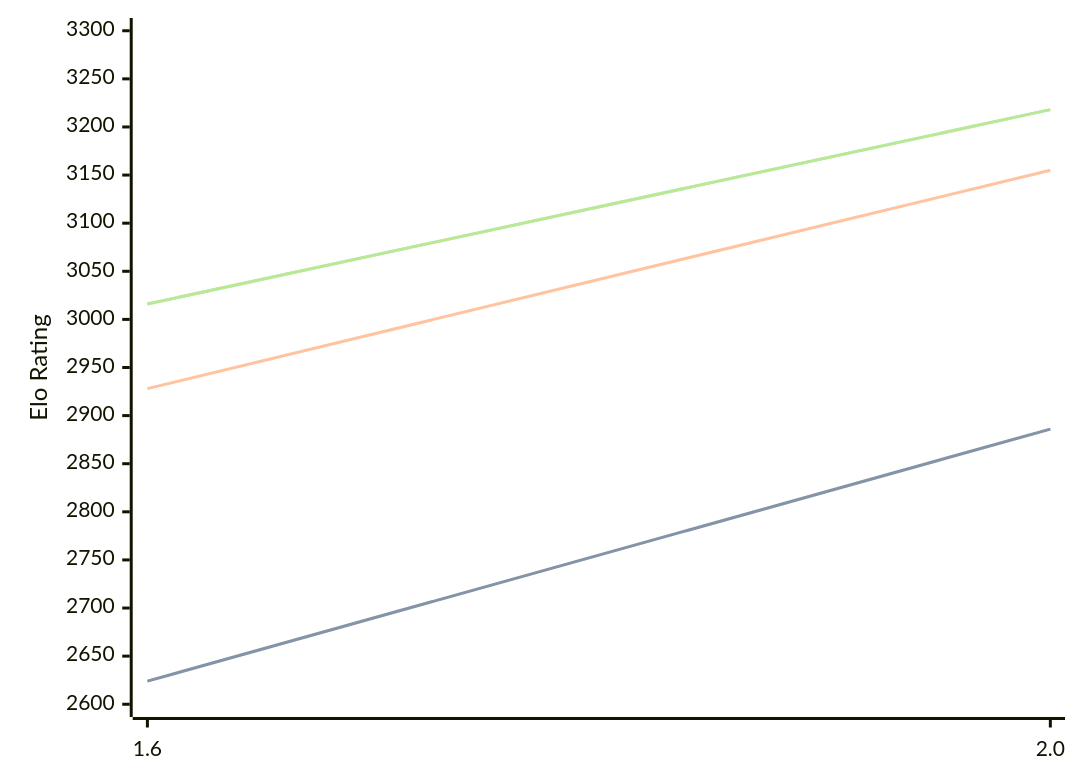
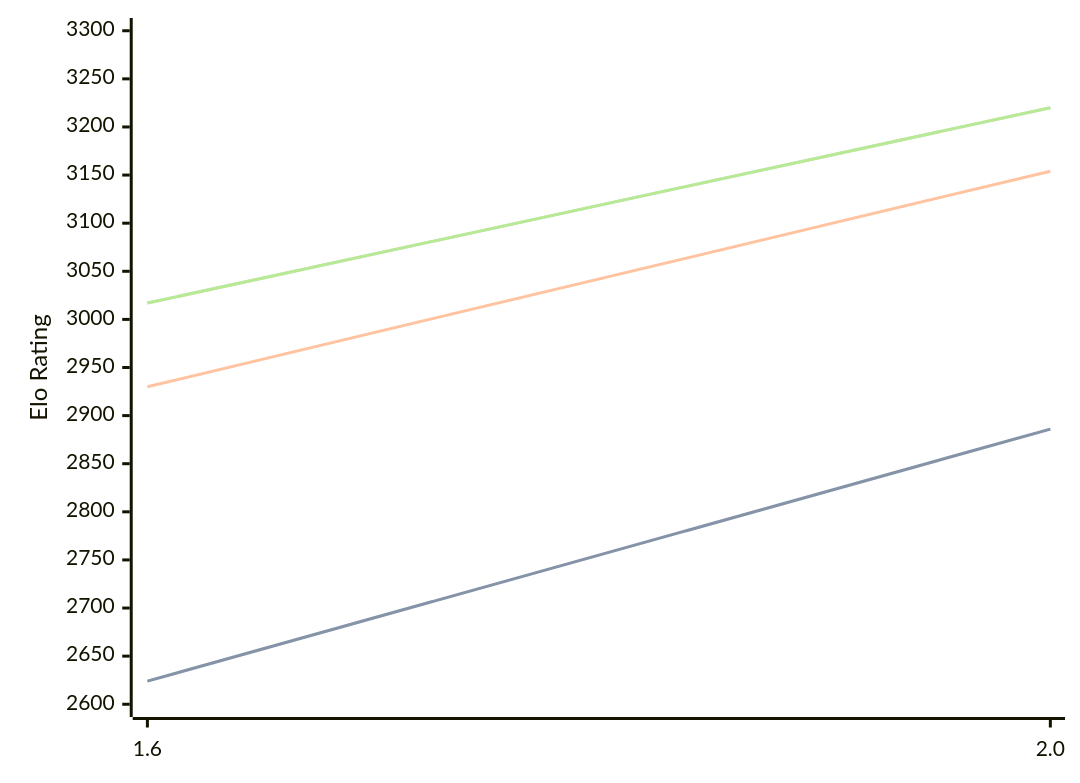
The diagram in engines/Onyx.md (computer-chess-index/cci), drawn with Mermaid before and after one commit. The commit also changed other lines of this file, not shown here.

Commit message:
Update CCI Ratings (ELO VLTC) - 2026-08-23

````diff
--- a/engines/Onyx.md
+++ b/engines/Onyx.md
@@ -32,11 +32,11 @@
 ```mermaid
 %%{init: {"theme":"base","themeVariables":{"seriesColors:['#a3a3a3','#222221','#faa371']}}}%%
 xychart-beta
   x-axis ["1.6", "2.0"]
   y-axis "Elo Rating" 2600 --> 3300
   line "STC (8.0+0.08s)" [2624, 2886]
   line "STC (8.0+0.08s)" [2624, 2886]
-  line "LTC (60.0+0.60s)" [2928, 3155]
-  line "VLTC (2m24s+1.12s)" [3016, 3218]
-  line "VLTC (2m24s+1.12s)" [3016, 3218]
+  line "LTC (60.0+0.60s)" [2930, 3154]
+  line "VLTC (2m24s+1.12s)" [3017, 3220]
+  line "VLTC (2m24s+1.12s)" [3017, 3220]
 ```
````
